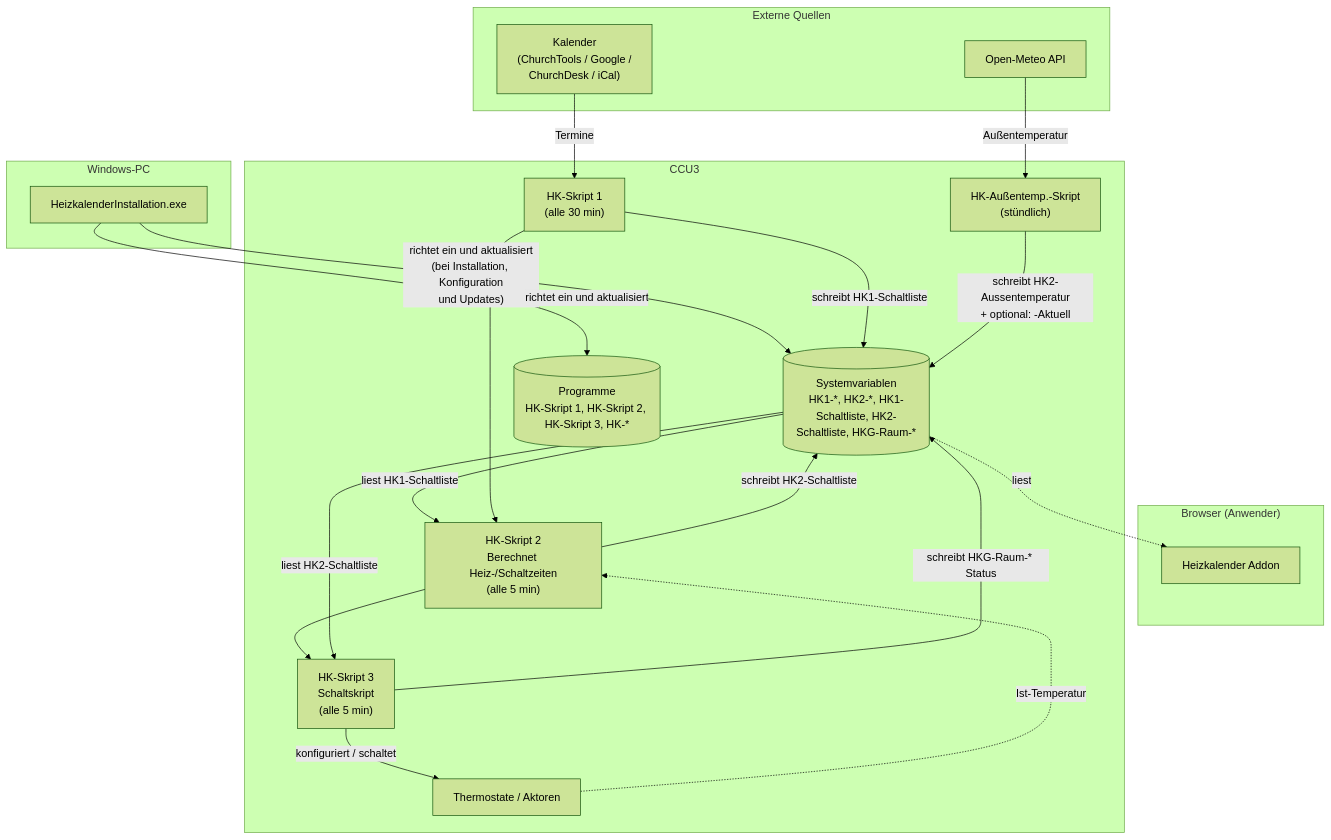
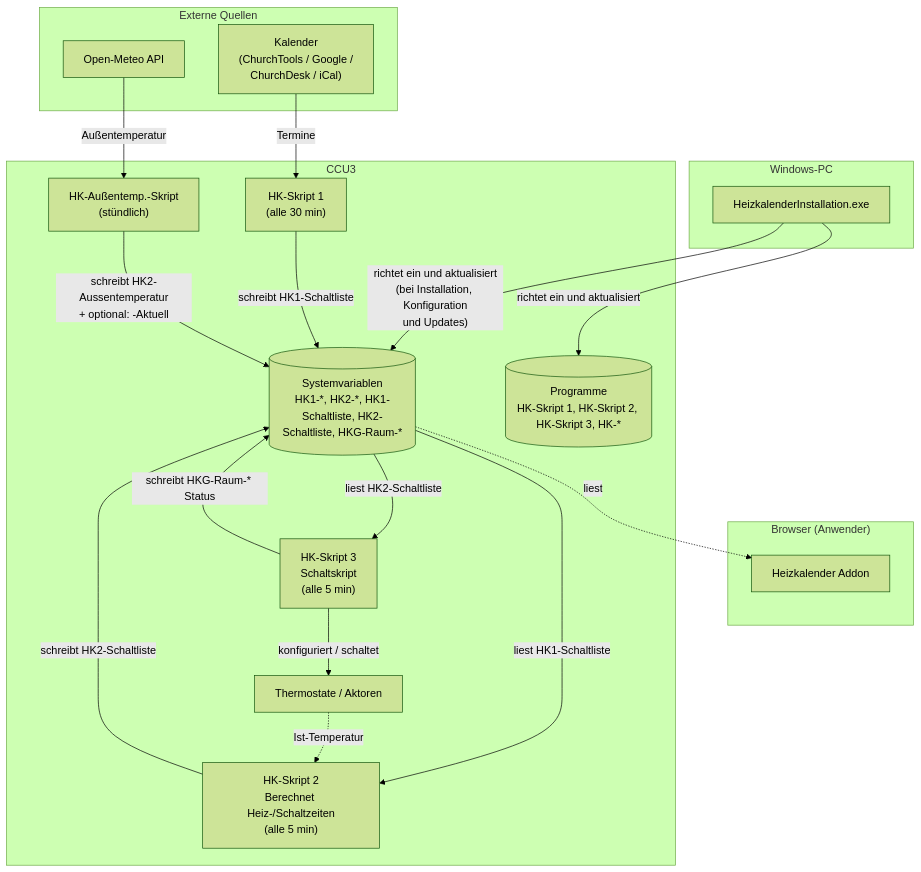
The first of 2 diagrams in docs/heizkalender/entwickler.md (xMRi/Homematic-Heizungskalender), drawn with Mermaid (forest theme) before and after one commit. The commit also changed other lines of this file and 6 other files, not shown here.

````diff
--- a/docs/heizkalender/entwickler.md
+++ b/docs/heizkalender/entwickler.md
@@ -27,41 +27,39 @@
 ```mermaid
 flowchart TD
     subgraph PC["Windows-PC"]
         Installer["HeizkalenderInstallation.exe"]
     end
 
     subgraph Extern["Externe Quellen"]
         KAL["Kalender\n(ChurchTools / Google /\nChurchDesk / iCal)"]
         OpenMeteo["Open-Meteo API"]
     end
 
     subgraph Browser["Browser (Anwender)"]
         Addon["Heizkalender Addon"]
     end
 
     subgraph CCU["CCU3"]
         SysVar[("Systemvariablen\nHK1-*, HK2-*, HK1-Schaltliste, HK2-Schaltliste, HKG-Raum-*")]
         Programme[("Programme\nHK-Skript 1, HK-Skript 2, HK-Skript 3, HK-*")]
         Skript1["HK-Skript 1\n(alle 30 min)"]
         ATSkript["HK-Außentemp.-Skript\n(stündlich)"]
         Skript2["HK-Skript 2\nBerechnet Heiz-/Schaltzeiten\n(alle 5 min)"]
         Skript3["HK-Skript 3\nSchaltskript\n(alle 5 min)"]
         Aktoren["Thermostate / Aktoren"]
     end
 
     Installer -->|"richtet ein und aktualisiert\n(bei Installation, Konfiguration\nund Updates)"| SysVar
     Installer -->|"richtet ein und aktualisiert"| Programme
     KAL -->|"Termine"| Skript1
     Skript1 -->|"schreibt HK1-Schaltliste"| SysVar
     OpenMeteo -->|"Außentemperatur"| ATSkript
     ATSkript -->|"schreibt HK2-Aussentemperatur\n+ optional: -Aktuell"| SysVar
     SysVar -->|"liest HK1-Schaltliste"| Skript2
-    Skript1 --> Skript2
-    Skript2 --> Skript3
     Skript2 -->|"schreibt HK2-Schaltliste"| SysVar
     SysVar -->|"liest HK2-Schaltliste"| Skript3
     Skript3 -->|"konfiguriert / schaltet"| Aktoren
     Skript3 -->|"schreibt HKG-Raum-* Status"| SysVar
     Aktoren -.->|"Ist-Temperatur"| Skript2
     SysVar -.->|"liest"| Addon
 ```
````
